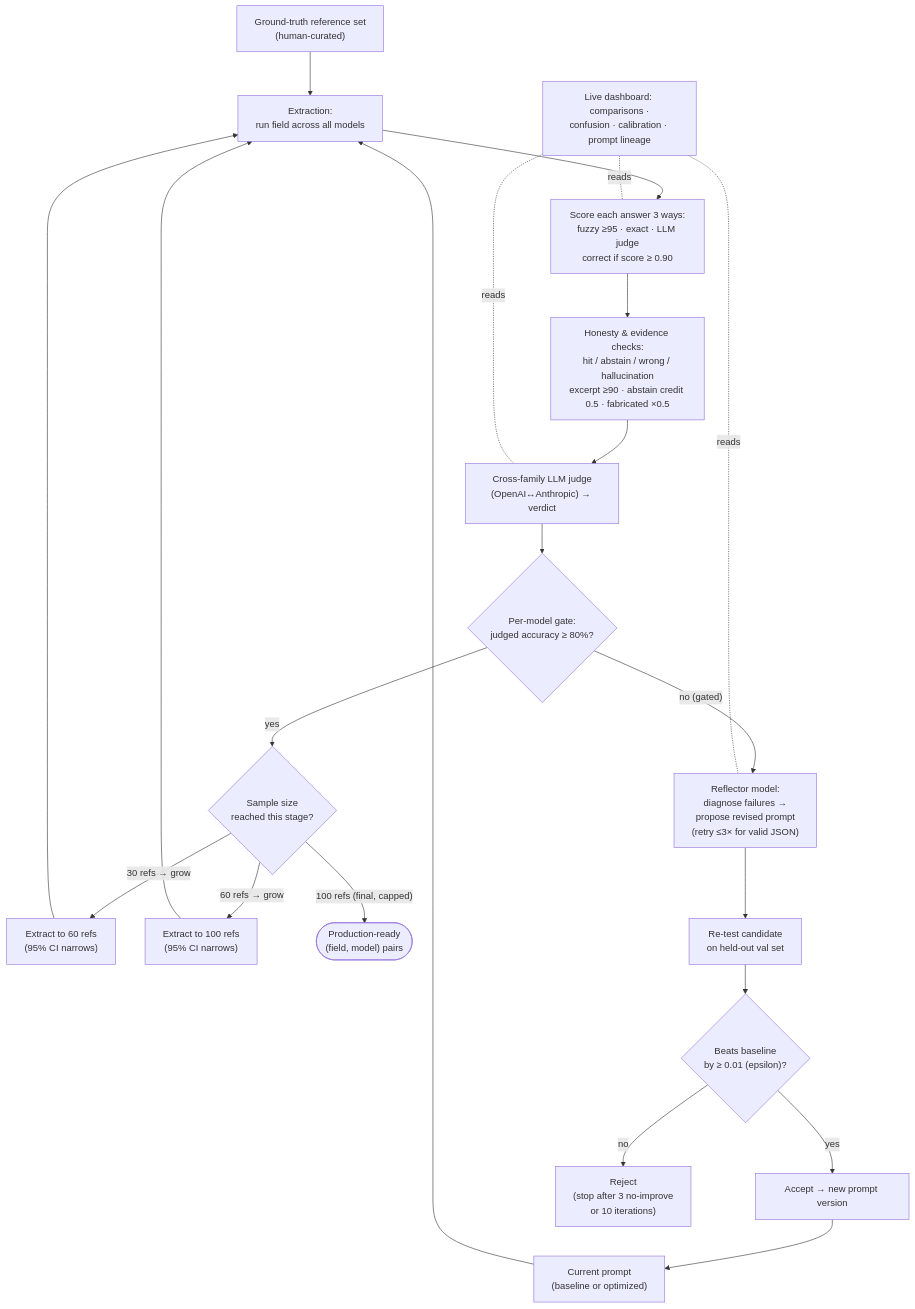
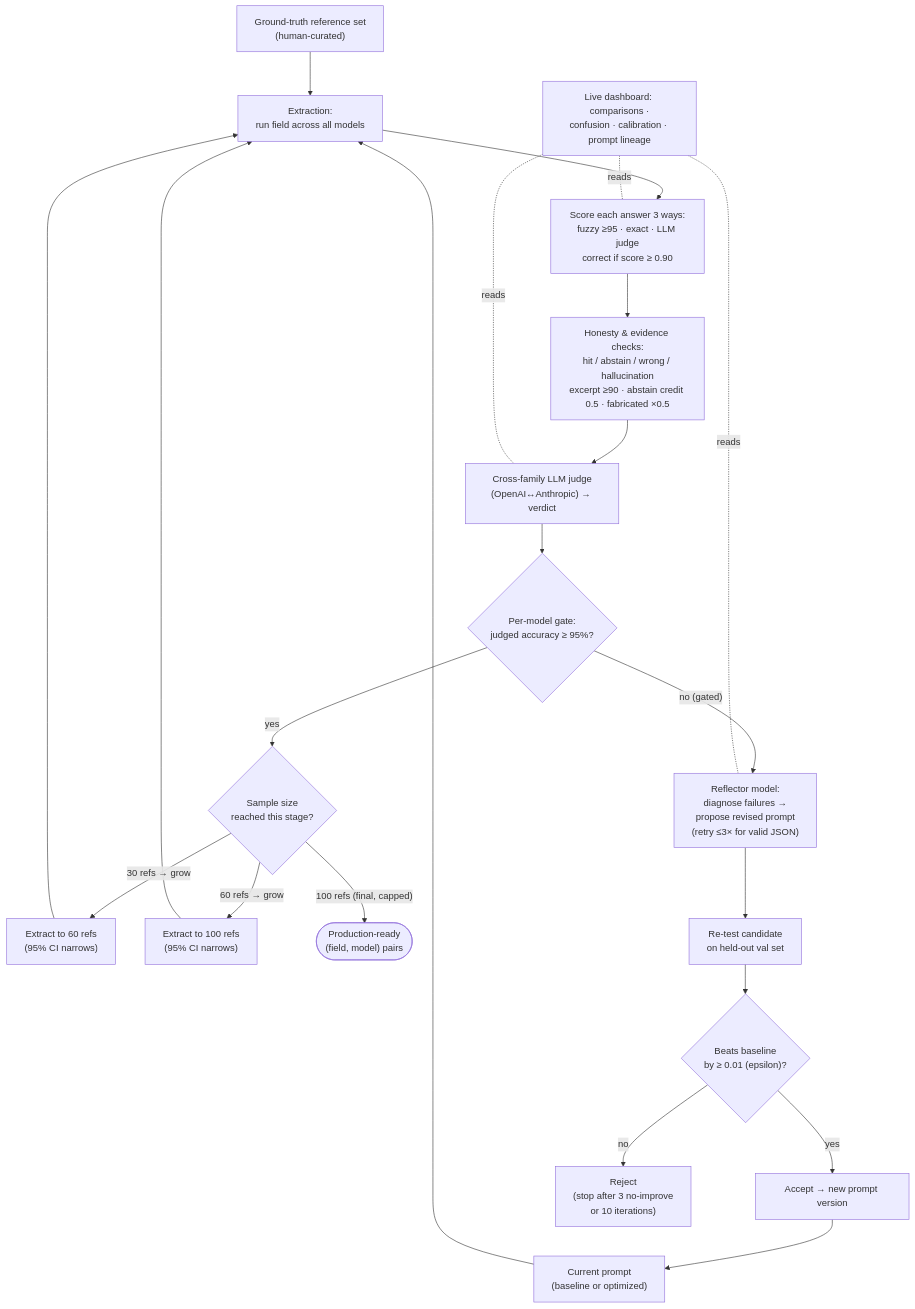
One commit to lsempe77/promptlab changed the diagram in backend/README.md. Above: the diagram before and after it, drawn with Mermaid. The commit also changed other lines of this file and 2 other files, not shown here.

Commit message:
Set single quality gate to 95% (was 80%); update diagram/README references

````diff
--- a/backend/README.md
+++ b/backend/README.md
@@ -27,24 +27,24 @@
 ```mermaid
 flowchart TD
     GT["Ground-truth reference set<br/>(human-curated)"] --> EX
     P["Current prompt<br/>(baseline or optimized)"] --> EX["Extraction:<br/>run field across all models"]
     EX --> SC["Score each answer 3 ways:<br/>fuzzy ≥95 · exact · LLM judge<br/>correct if score ≥ 0.90"]
     SC --> HON["Honesty & evidence checks:<br/>hit / abstain / wrong / hallucination<br/>excerpt ≥90 · abstain credit 0.5 · fabricated ×0.5"]
     HON --> JUDGE["Cross-family LLM judge<br/>(OpenAI↔Anthropic) → verdict"]
-    JUDGE --> GATE{"Per-model gate:<br/>judged accuracy ≥ 80%?"}
+    JUDGE --> GATE{"Per-model gate:<br/>judged accuracy ≥ 95%?"}
     GATE -- "no (gated)" --> REFLECT["Reflector model:<br/>diagnose failures →<br/>propose revised prompt<br/>(retry ≤3× for valid JSON)"]
     GATE -- "yes" --> STAGE{"Sample size<br/>reached this stage?"}
     STAGE -- "30 refs → grow" --> G60["Extract to 60 refs<br/>(95% CI narrows)"]
     STAGE -- "60 refs → grow" --> G100["Extract to 100 refs<br/>(95% CI narrows)"]
     STAGE -- "100 refs (final, capped)" --> DONE(["Production-ready<br/>(field, model) pairs"])
     G60 --> EX
     G100 --> EX
     REFLECT --> RETEST["Re-test candidate<br/>on held-out val set"]
     RETEST --> BETTER{"Beats baseline<br/>by ≥ 0.01 (epsilon)?"}
     BETTER -- "yes" --> ACCEPT["Accept → new prompt version"]
     BETTER -- "no" --> REJECT["Reject<br/>(stop after 3 no-improve<br/>or 10 iterations)"]
     ACCEPT --> P
     DASH["Live dashboard: comparisons ·<br/>confusion · calibration · prompt lineage"] -.reads.- SC
     DASH -.reads.- JUDGE
     DASH -.reads.- REFLECT
 ```
````
